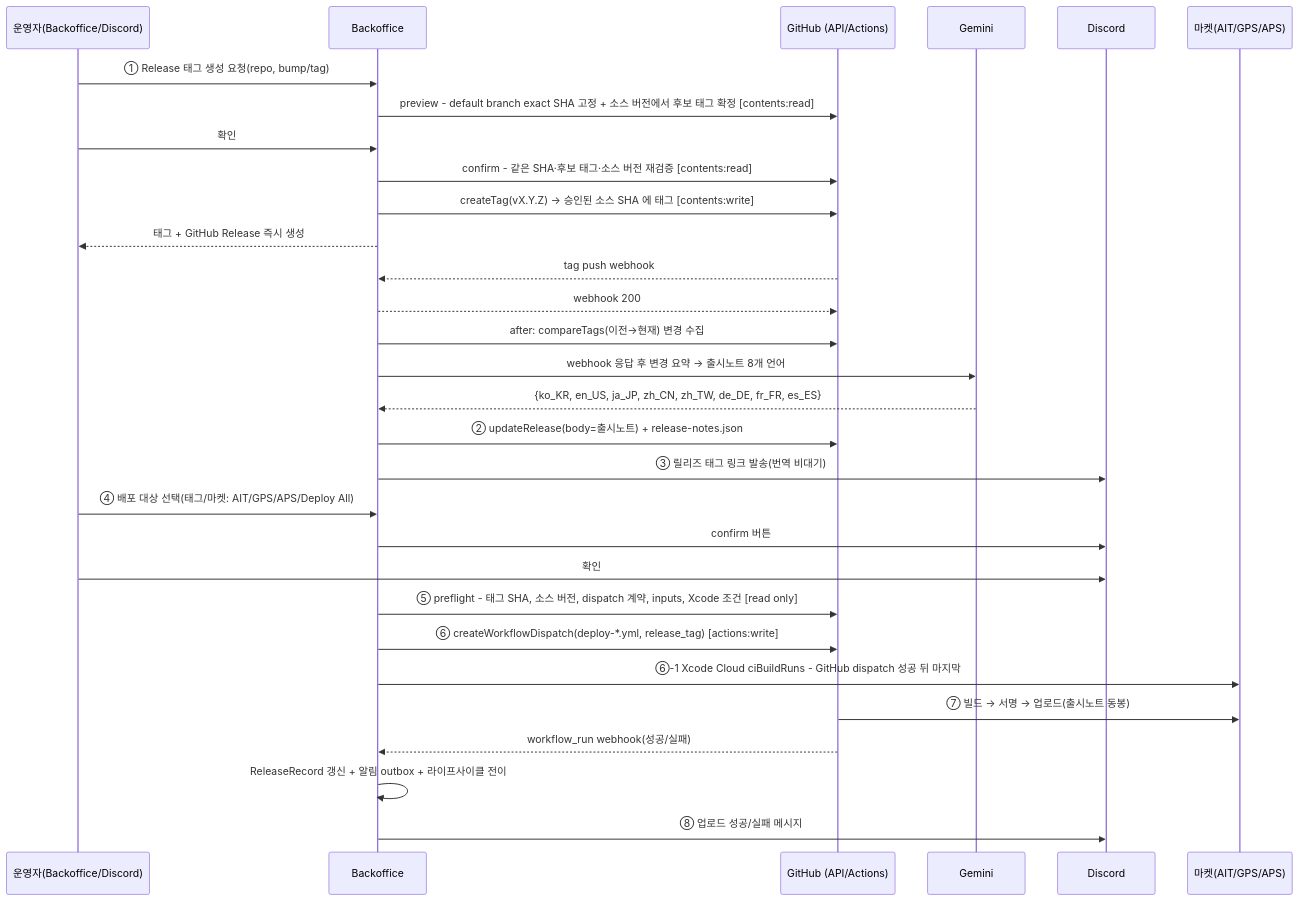
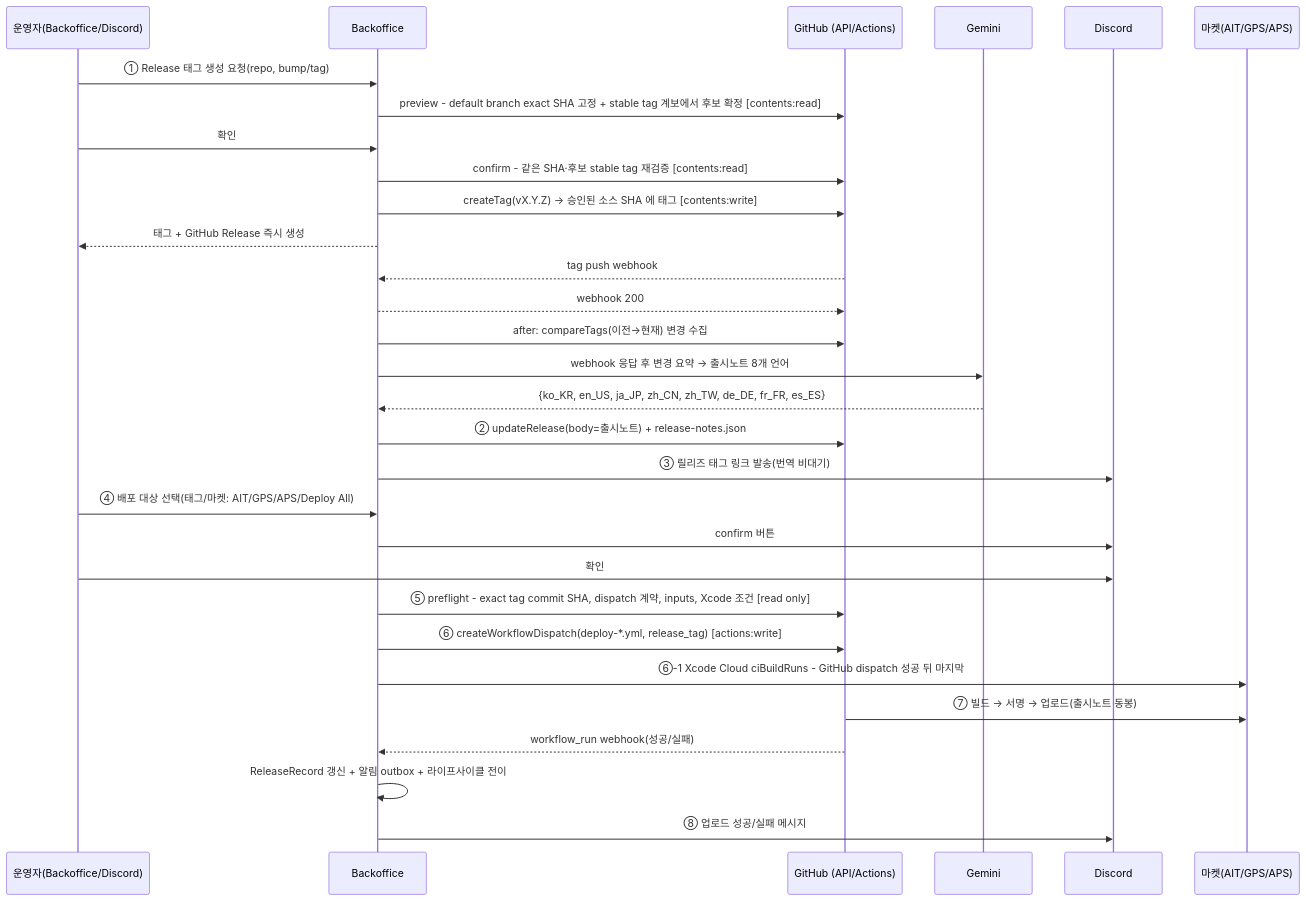
One commit to seorilabs/seorilabs-backoffice changed the second of 3 diagrams in docs/ci-cd/org-cicd-release-system.md. Above: the diagram before and after it, drawn with Mermaid. The commit also changed other lines of this file and 30 other files, not shown here.

````diff
--- a/docs/ci-cd/org-cicd-release-system.md
+++ b/docs/ci-cd/org-cicd-release-system.md
@@ -211,33 +209,33 @@
 ```mermaid
 sequenceDiagram
     participant U as 운영자(Backoffice/Discord)
     participant BO as Backoffice
     participant GH as GitHub (API/Actions)
     participant AI as Gemini
     participant DC as Discord
     participant MK as 마켓(AIT/GPS/APS)
 
     U->>BO: ① Release 태그 생성 요청(repo, bump/tag)
-    BO->>GH: preview - default branch exact SHA 고정 + 소스 버전에서 후보 태그 확정 [contents:read]
+    BO->>GH: preview - default branch exact SHA 고정 + stable tag 계보에서 후보 확정 [contents:read]
     U->>BO: 확인
-    BO->>GH: confirm - 같은 SHA·후보 태그·소스 버전 재검증 [contents:read]
+    BO->>GH: confirm - 같은 SHA·후보 stable tag 재검증 [contents:read]
     BO->>GH: createTag(vX.Y.Z) → 승인된 소스 SHA 에 태그 [contents:write]
     BO-->>U: 태그 + GitHub Release 즉시 생성
     GH-->>BO: tag push webhook
     BO-->>GH: webhook 200
     BO->>GH: after: compareTags(이전→현재) 변경 수집
     BO->>AI: webhook 응답 후 변경 요약 → 출시노트 8개 언어
     AI-->>BO: {ko_KR, en_US, ja_JP, zh_CN, zh_TW, de_DE, fr_FR, es_ES}
     BO->>GH: ② updateRelease(body=출시노트) + release-notes.json
     BO->>DC: ③ 릴리즈 태그 링크 발송(번역 비대기)
     U->>BO: ④ 배포 대상 선택(태그/마켓: AIT/GPS/APS/Deploy All)
     BO->>DC: confirm 버튼
     U->>DC: 확인
-    BO->>GH: ⑤ preflight - 태그 SHA, 소스 버전, dispatch 계약, inputs, Xcode 조건 [read only]
+    BO->>GH: ⑤ preflight - exact tag commit SHA, dispatch 계약, inputs, Xcode 조건 [read only]
     BO->>GH: ⑥ createWorkflowDispatch(deploy-*.yml, release_tag) [actions:write]
     BO->>MK: ⑥-1 Xcode Cloud ciBuildRuns - GitHub dispatch 성공 뒤 마지막
     GH->>MK: ⑦ 빌드 → 서명 → 업로드(출시노트 동봉)
     GH-->>BO: workflow_run webhook(성공/실패)
     BO->>BO: ReleaseRecord 갱신 + 알림 outbox + 라이프사이클 전이
     BO->>DC: ⑧ 업로드 성공/실패 메시지
 ```
````
